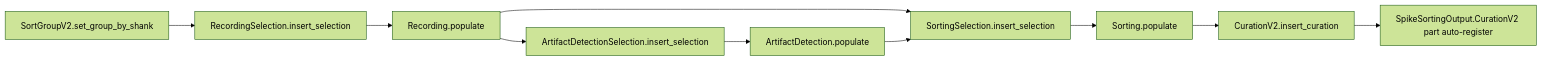
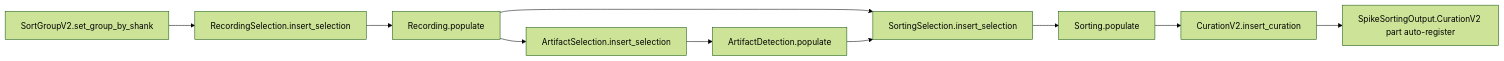
The second of 2 diagrams in .claude/docs/plans/spikesorting-v2/diagrams/01-phase-1.md (LorenFrankLab/spyglass), drawn with Mermaid (forest theme) before and after one commit. The commit also changed other lines of this file and 8 other files, not shown here.

First line of the commit message:
Plan docs: reflect ArtifactSelection rename and peak_amplitude_uv column

````diff
--- a/.claude/docs/plans/spikesorting-v2/diagrams/01-phase-1.md
+++ b/.claude/docs/plans/spikesorting-v2/diagrams/01-phase-1.md
@@ -282,12 +282,12 @@
 ```mermaid
 flowchart LR
     A[SortGroupV2.set_group_by_shank] --> B[RecordingSelection.insert_selection]
     B --> C[Recording.populate]
-    C --> D[ArtifactDetectionSelection.insert_selection]
+    C --> D[ArtifactSelection.insert_selection]
     D --> E[ArtifactDetection.populate]
     C --> F[SortingSelection.insert_selection]
     E --> F
     F --> G[Sorting.populate]
     G --> H[CurationV2.insert_curation]
     H --> I[SpikeSortingOutput.CurationV2 part auto-register]
 ```
````
